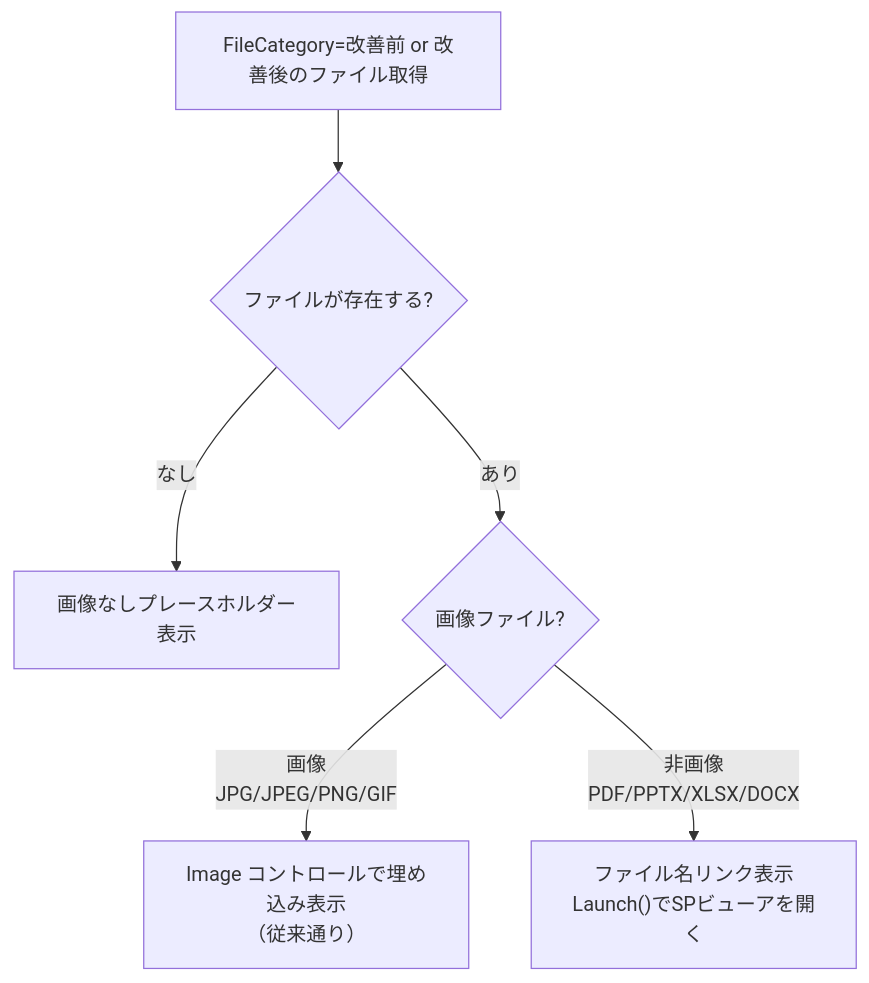
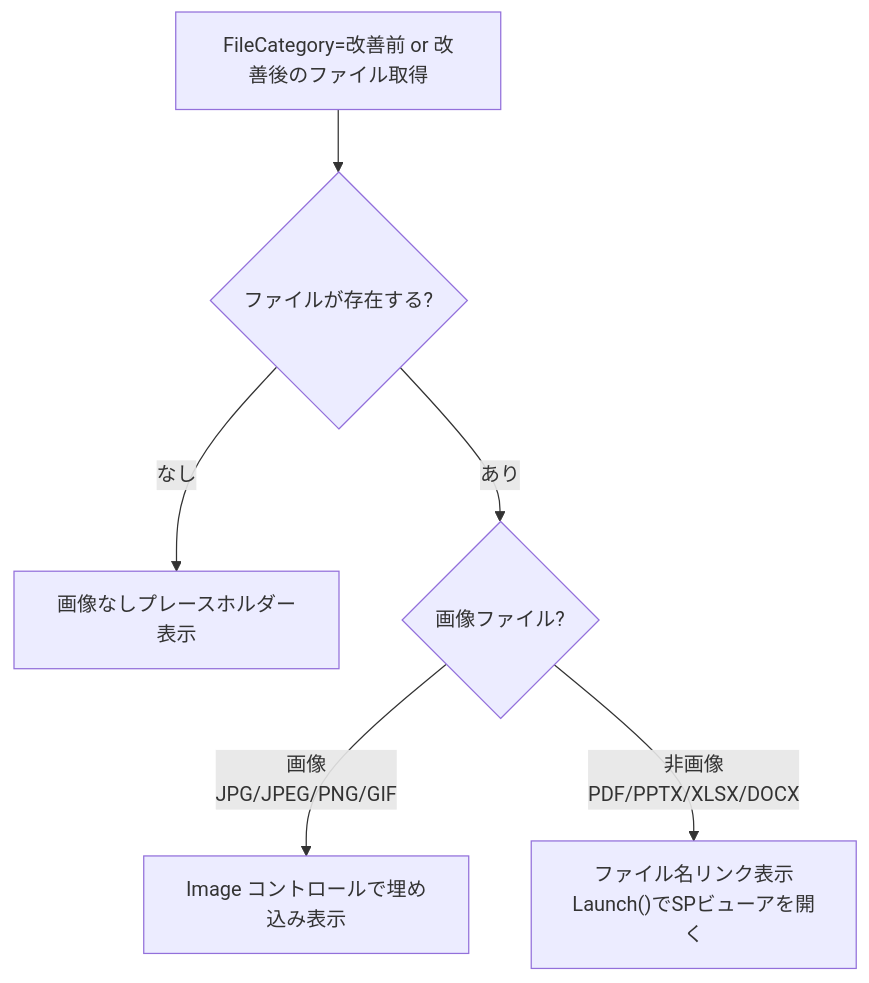
The second of 2 diagrams in docs/changes/v2-file-format/proposal.md (masa03/pf_kaizen-wf), drawn with Mermaid before and after one commit. The commit also changed other lines of this file and 9 other files, not shown here.

````diff
--- a/docs/changes/v2-file-format/proposal.md
+++ b/docs/changes/v2-file-format/proposal.md
@@ -162,8 +327,8 @@
 ```mermaid
 flowchart TD
     A["FileCategory=改善前 or 改善後のファイル取得"] --> B{ファイルが存在する?}
     B -->|なし| C["画像なしプレースホルダー表示"]
     B -->|あり| D{画像ファイル?}
-    D -->|画像<br>JPG/JPEG/PNG/GIF| E["Image コントロールで埋め込み表示<br>（従来通り）"]
+    D -->|画像<br>JPG/JPEG/PNG/GIF| E["Image コントロールで埋め込み表示"]
     D -->|非画像<br>PDF/PPTX/XLSX/DOCX| F["ファイル名リンク表示<br>Launch()でSPビューアを開く"]
 ```
````
